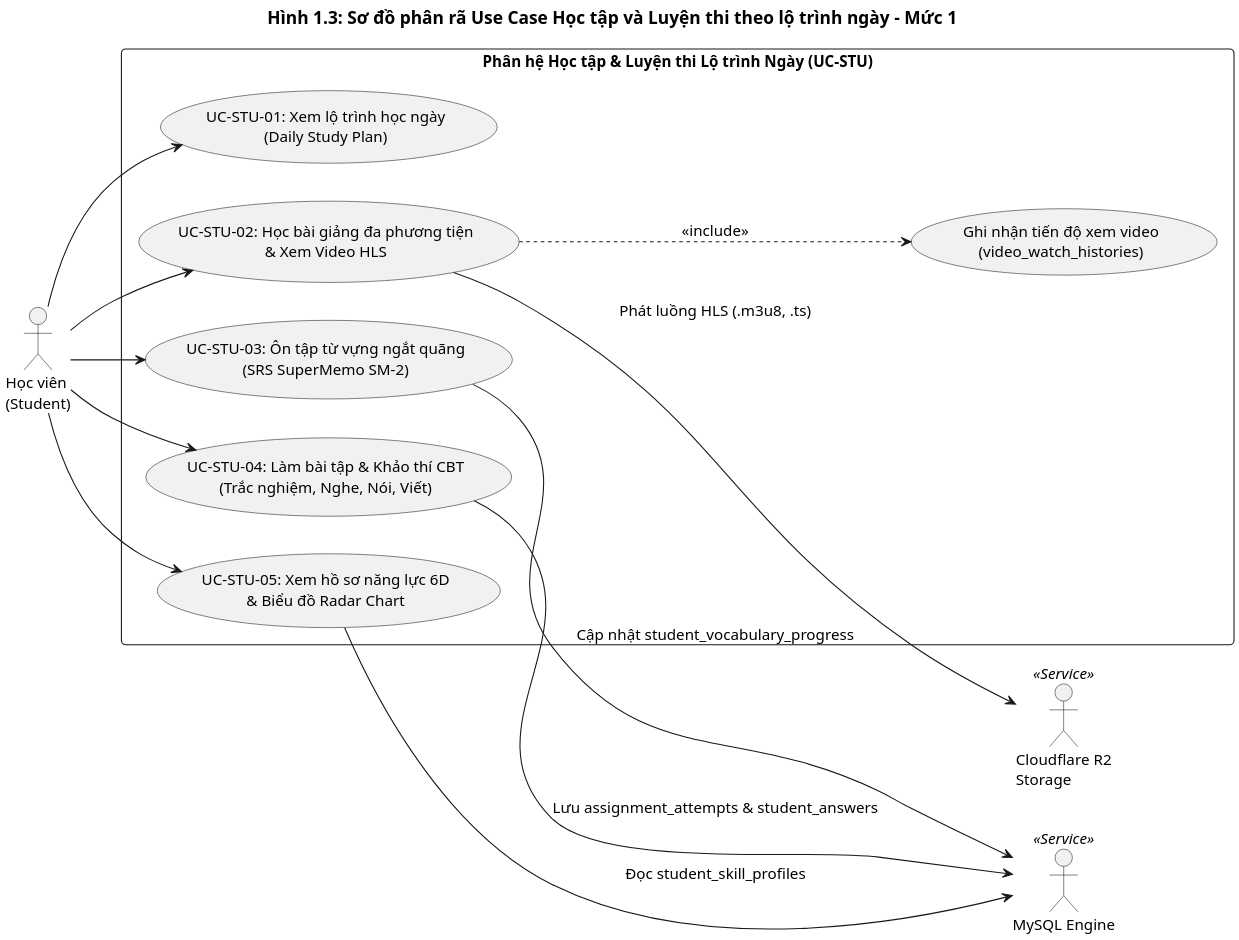
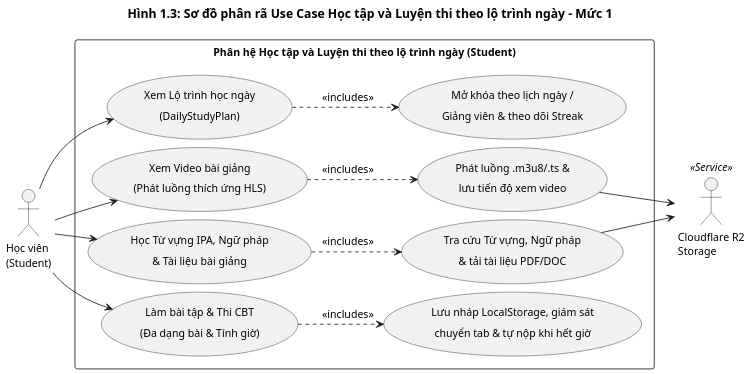
The diagram in plantuml_diagrams/Hinh_1_3_Phan_ra_UC_Hoc_tap_va_Luyen_thi_theo_lo_trinh_ngay_Muc_1.puml (TrungPham1126/englishlearning), drawn with PlantUML before and after one commit. The commit also changed 126 other files, not shown here.

First line of the commit message:
feat: cải thiện luyện nói, chấm điểm Speaking và trải nghiệm làm bài

```diff
--- a/plantuml_diagrams/Hinh_1_3_Phan_ra_UC_Hoc_tap_va_Luyen_thi_theo_lo_trinh_ngay_Muc_1.puml
+++ b/plantuml_diagrams/Hinh_1_3_Phan_ra_UC_Hoc_tap_va_Luyen_thi_theo_lo_trinh_ngay_Muc_1.puml
@@ -1,37 +1,45 @@
 @startuml Hinh_1_3_Phan_ra_UC_Hoc_tap_va_Luyen_thi_theo_lo_trinh_ngay_Muc_1
 title Hình 1.3: Sơ đồ phân rã Use Case Học tập và Luyện thi theo lộ trình ngày - Mức 1
 left to right direction
-skinparam dpi 200
+skinparam dpi 150
 skinparam monochrome true
 skinparam shadowing false
+skinparam backgroundColor #FFFFFF
+skinparam defaultFontName Arial
+skinparam defaultFontSize 13
+skinparam titleFontSize 15
+skinparam titleFontStyle bold
+skinparam roundcorner 6
+skinparam padding 4
 skinparam packageStyle rectangle
-skinparam defaultFontName Arial
-skinparam defaultFontSize 14
-skinparam titleFontSize 16
-skinparam roundcorner 8
+skinparam nodesep 10
+skinparam ranksep 12
 
 actor "Học viên\n(Student)" as Student
-actor "Cloudflare R2\nStorage" as R2 <<Service>>
-actor "MySQL Engine" as DB <<Service>>
 
-rectangle "Phân hệ Học tập & Luyện thi Lộ trình Ngày (UC-STU)" {
-    usecase "UC-STU-01: Xem lộ trình học ngày\n(Daily Study Plan)" as UC_PLAN
-    usecase "UC-STU-02: Học bài giảng đa phương tiện\n& Xem Video HLS" as UC_LESSON
-    usecase "UC-STU-03: Ôn tập từ vựng ngắt quãng\n(SRS SuperMemo SM-2)" as UC_SRS
-    usecase "UC-STU-04: Làm bài tập & Khảo thí CBT\n(Trắc nghiệm, Nghe, Nói, Viết)" as UC_CBT
-    usecase "UC-STU-05: Xem hồ sơ năng lực 6D\n& Biểu đồ Radar Chart" as UC_RADAR
-    usecase "Ghi nhận tiến độ xem video\n(video_watch_histories)" as UC_VIDEO_LOG
+rectangle "Phân hệ Học tập và Luyện thi theo lộ trình ngày (Student)" {
+    usecase "Xem Lộ trình học ngày\n(DailyStudyPlan)" as UC_PLAN
+    usecase "Xem Video bài giảng\n(Phát luồng thích ứng HLS)" as UC_VIDEO
+    usecase "Học Từ vựng IPA, Ngữ pháp\n& Tài liệu bài giảng" as UC_LESSON_RES
+    usecase "Làm bài tập & Thi CBT\n(Đa dạng bài & Tính giờ)" as UC_CBT
+
+    usecase "Mở khóa theo lịch ngày /\nGiảng viên & theo dõi Streak" as UC_UNLOCK
+    usecase "Phát luồng .m3u8/.ts &\nlưu tiến độ xem video" as UC_HLS
+    usecase "Tra cứu Từ vựng, Ngữ pháp\n& tải tài liệu PDF/DOC" as UC_DOCS
+    usecase "Lưu nháp LocalStorage, giám sát\nchuyển tab & tự nộp khi hết giờ" as UC_DRAFT
 }
 
+actor "Cloudflare R2\nStorage" as R2 <<Service>>
+
 Student --> UC_PLAN
-Student --> UC_LESSON
-Student --> UC_SRS
+Student --> UC_VIDEO
+Student --> UC_LESSON_RES
 Student --> UC_CBT
-Student --> UC_RADAR
 
-UC_LESSON ..> UC_VIDEO_LOG : <<include>>
-UC_LESSON --> R2 : Phát luồng HLS (.m3u8, .ts)
-UC_SRS --> DB : Cập nhật student_vocabulary_progress
-UC_CBT --> DB : Lưu assignment_attempts & student_answers
-UC_RADAR --> DB : Đọc student_skill_profiles
+UC_PLAN ..> UC_UNLOCK : <<includes>>
+UC_VIDEO ..> UC_HLS : <<includes>>
+UC_LESSON_RES ..> UC_DOCS : <<includes>>
+UC_CBT ..> UC_DRAFT : <<includes>>
+UC_HLS --> R2
+UC_DOCS --> R2
 @enduml
```
